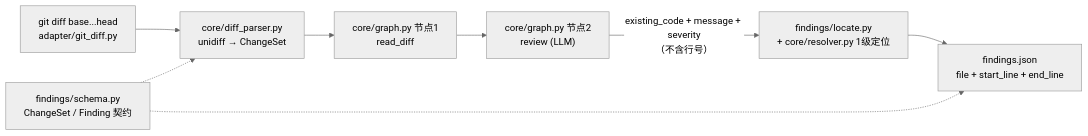
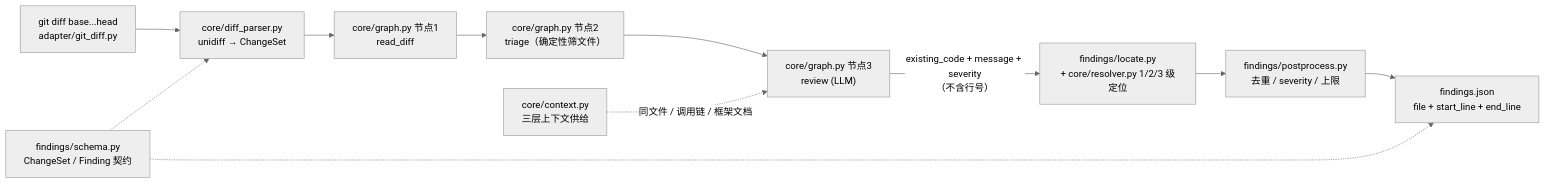
Before and after one commit to plus-Liang/agent-code-review: the diagram in README.md, drawn with Mermaid (neutral theme). The commit also changed other lines of this file and 1 other file, not shown here.

````diff
--- a/README.md
+++ b/README.md
@@ -7,10 +7,13 @@
 ```mermaid
 flowchart LR
     A["git diff base...head<br/>adapter/git_diff.py"] --> B["core/diff_parser.py<br/>unidiff → ChangeSet"]
     B --> C["core/graph.py 节点1<br/>read_diff"]
-    C --> D["core/graph.py 节点2<br/>review (LLM)"]
-    D -->|"existing_code + message + severity<br/>（不含行号）"| E["findings/locate.py<br/>+ core/resolver.py 1级定位"]
-    E --> F["findings.json<br/>file + start_line + end_line"]
+    C --> T["core/graph.py 节点2<br/>triage（确定性筛文件）"]
+    T --> D["core/graph.py 节点3<br/>review (LLM)"]
+    X["core/context.py<br/>三层上下文供给"] -.->|"同文件 / 调用链 / 框架文档"| D
+    D -->|"existing_code + message + severity<br/>（不含行号）"| E["findings/locate.py<br/>+ core/resolver.py 1/2/3 级定位"]
+    E --> P["findings/postprocess.py<br/>去重 / severity / 上限"]
+    P --> F["findings.json<br/>file + start_line + end_line"]
     G["findings/schema.py<br/>ChangeSet / Finding 契约"] -.-> B
     G -.-> F
 ```
````
